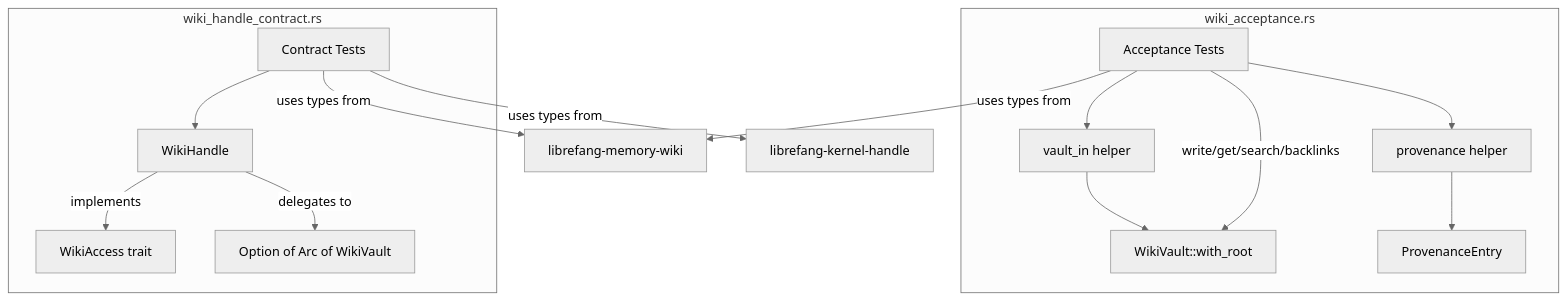
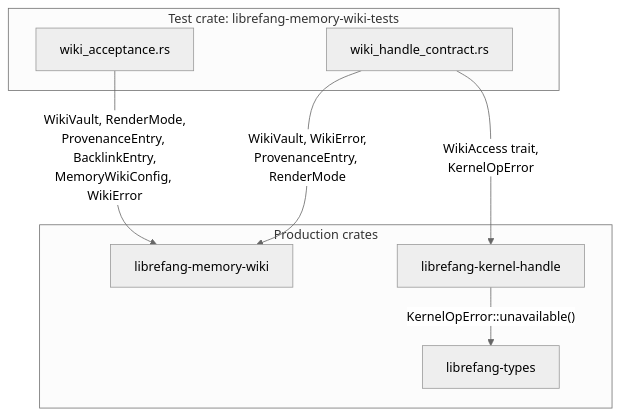
Before and after one commit to leszek3737/librefang-WIki: the diagram in other-librefang-memory-wiki-tests.md, drawn with Mermaid (neutral theme). The commit also changed other lines of this file and 122 other files, not shown here.

````diff
--- a/other-librefang-memory-wiki-tests.md
+++ b/other-librefang-memory-wiki-tests.md
@@ -14,18 +60,18 @@
 ```mermaid
 graph TD
-    subgraph "wiki_acceptance.rs"
-        A[vault_in helper] --> B[WikiVault::with_root]
-        C[provenance helper] --> D[ProvenanceEntry]
-        E[Acceptance Tests] --> A
-        E --> C
-        E -->|write/get/search/backlinks| B
+    subgraph "Test crate: librefang-memory-wiki-tests"
+        WA[wiki_acceptance.rs]
+        WH[wiki_handle_contract.rs]
     end
-    subgraph "wiki_handle_contract.rs"
-        F[WikiHandle] -->|implements| G[WikiAccess trait]
-        H[Contract Tests] --> F
-        F -->|delegates to| I[Option of Arc of WikiVault]
+
+    subgraph "Production crates"
+        LMW[librefang-memory-wiki]
+        LKH[librefang-kernel-handle]
+        LT[librefang-types]
     end
-    E -->|uses types from| J[librefang-memory-wiki]
-    H -->|uses types from| J
-    H -->|uses types from| K[librefang-kernel-handle]
+
+    WA -->|"WikiVault, RenderMode,<br/>ProvenanceEntry, BacklinkEntry,<br/>MemoryWikiConfig, WikiError"| LMW
+    WH -->|"WikiAccess trait,<br/>KernelOpError"| LKH
+    WH -->|"WikiVault, WikiError,<br/>ProvenanceEntry, RenderMode"| LMW
+    LKH -->|"KernelOpError::unavailable()"| LT
 ```
````
